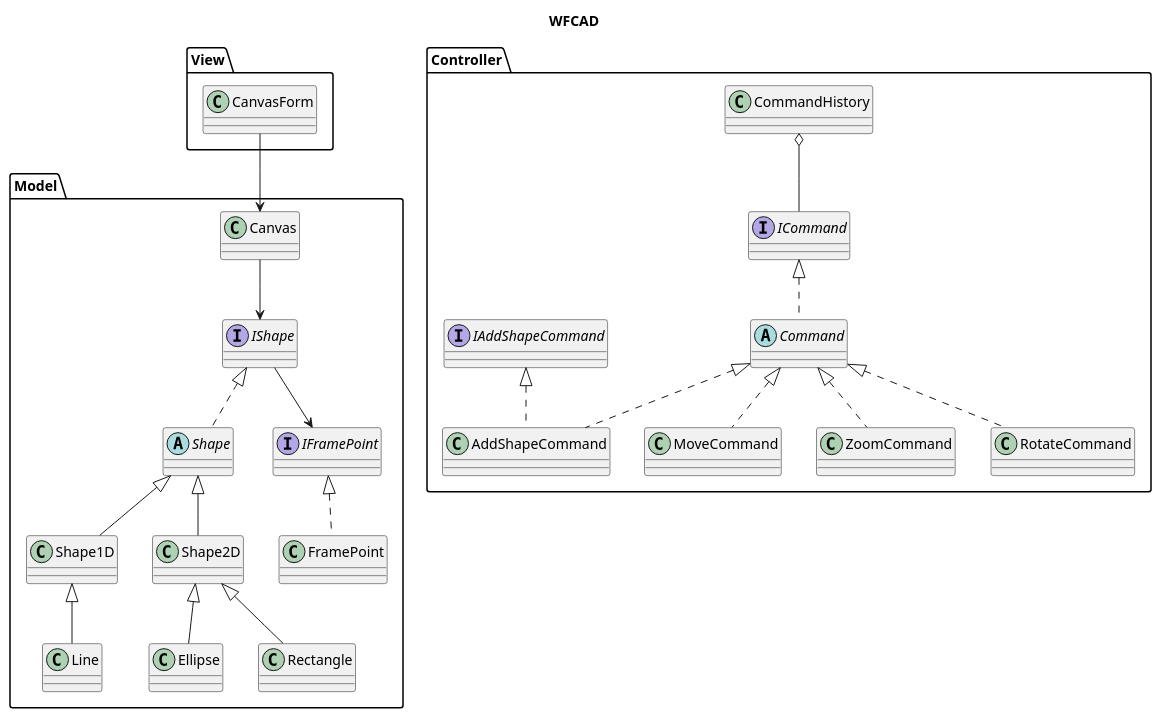
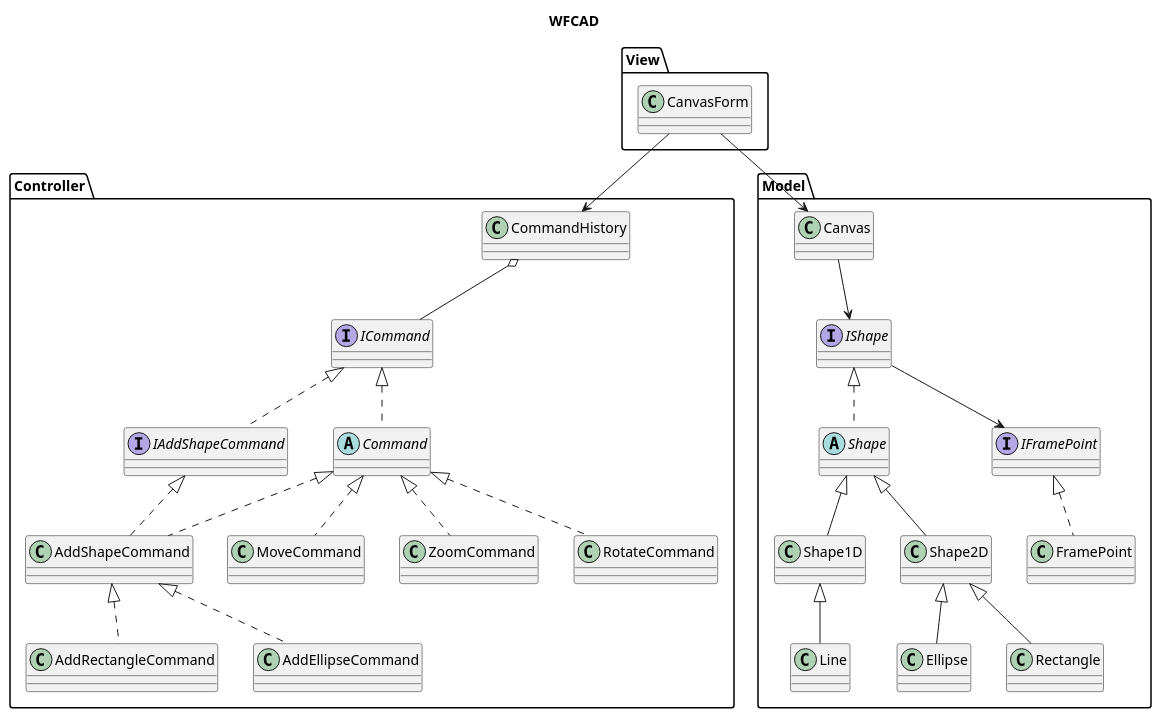
The diagram in WFCAD/class_diagram.pu (ko-kato-being/WFCAD), drawn with PlantUML before and after one commit.

Commit message:
クラス図修正

```diff
--- a/WFCAD/class_diagram.pu
+++ b/WFCAD/class_diagram.pu
@@ -1,47 +1,59 @@
 @startuml WFCAD
 title WFCAD
 package View{
     class CanvasForm
 }
 Package Controller{
     class CommandHistory
     Interface ICommand
     interface IAddShapeCommand
     abstract class Command
     class AddShapeCommand
     class MoveCommand
     class ZoomCommand
     class RotateCommand
     CommandHistory o-- ICommand
     ICommand <|.. Command
+    ICommand <|.. IAddShapeCommand
     Command  <|.. AddShapeCommand
     IAddShapeCommand <|.. AddShapeCommand
     Command  <|.. MoveCommand
     Command  <|.. ZoomCommand
     Command  <|.. RotateCommand
+    ' Command  <|.. RemoveCommand
+    ' Command  <|.. ResetCommand
+    ' Command  <|.. CopyCommand
+    ' Command  <|.. CutCommand
+    ' Command  <|.. PasteCommand
+    ' Command  <|.. CloneCommand
+    ' Command  <|.. ForegroundCommand
+    ' Command  <|.. BackgroundCommand
+    AddShapeCommand <|.. AddRectangleCommand
+    AddShapeCommand <|.. AddEllipseCommand
 }
 Package Model{
     class Canvas
     interface IShape
     abstract class Shape
     class Shape1D
     class Shape2D
     class Line
     class Ellipse
     class Rectangle
     Interface IFramePoint
     class FramePoint
     IShape  <|..  Shape
     Shape <|-- Shape1D
     Shape <|-- Shape2D
     Shape1D <|-- Line
     Shape2D <|-- Ellipse
     Shape2D <|-- Rectangle
     IFramePoint <|.. FramePoint
     Canvas --> IShape
     IShape --> IFramePoint
 
 }
 CanvasForm --> Canvas
+CanvasForm --> CommandHistory
 
 @enduml
```
